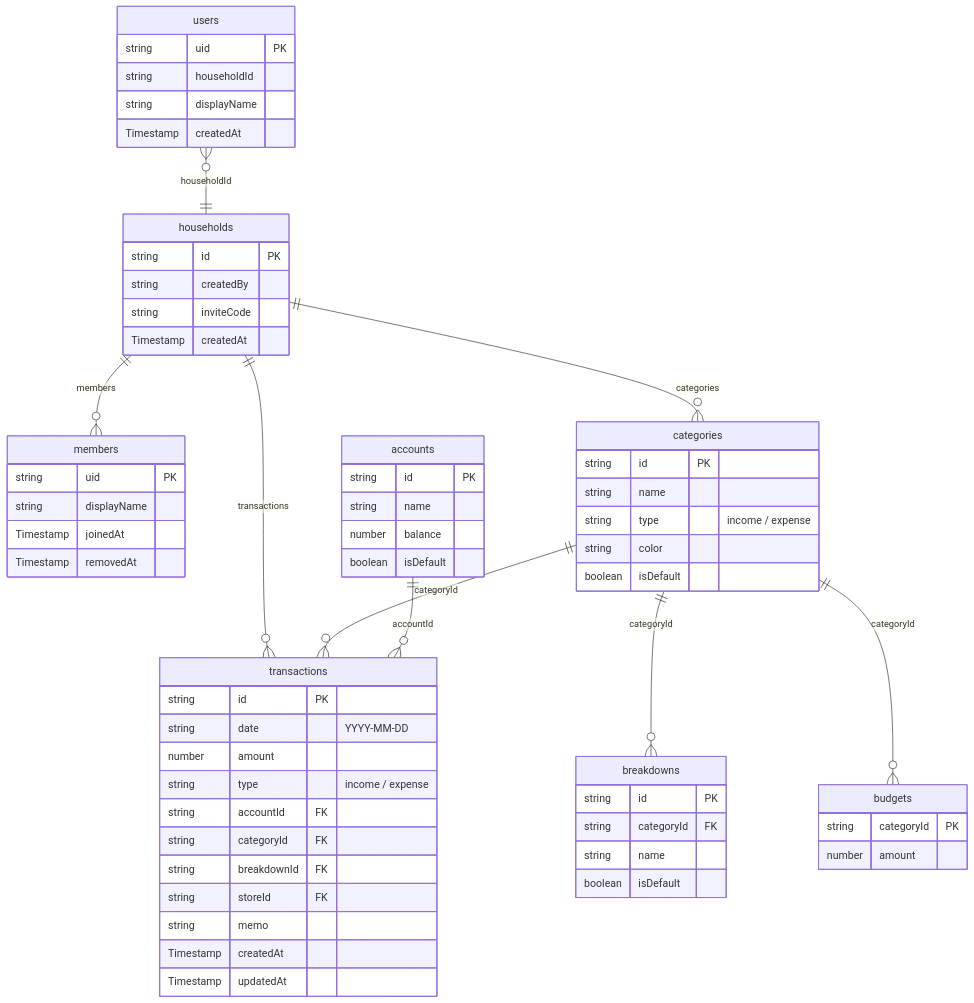
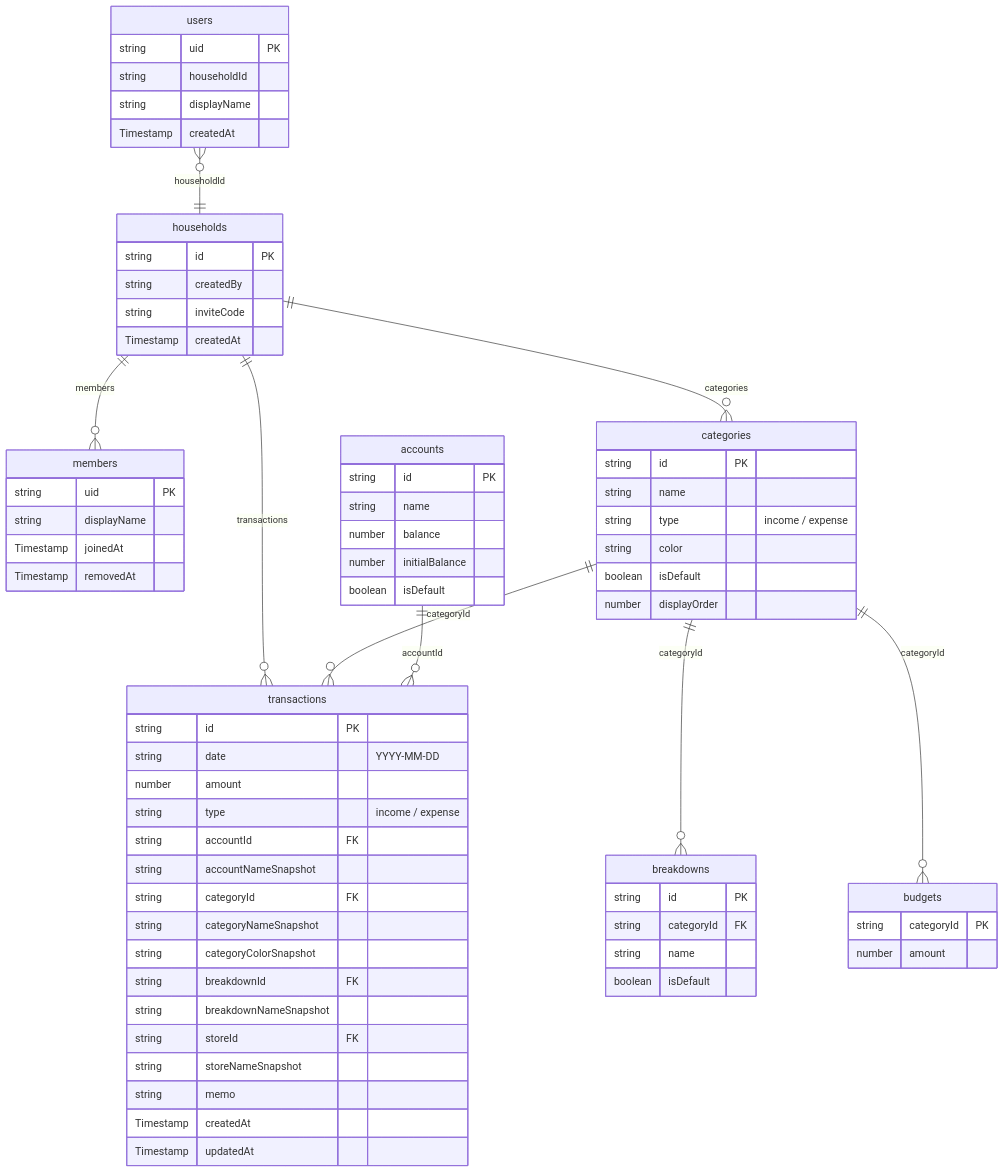
Before and after one commit to PLUG365/moneyplanner: the third of 6 diagrams in ARCHITECTURE.md, drawn with Mermaid. The commit also changed other lines of this file and 65 other files, not shown here.

````diff
--- a/ARCHITECTURE.md
+++ b/ARCHITECTURE.md
@@ -88,73 +88,80 @@
 ```mermaid
 erDiagram
     users {
         string uid PK
         string householdId
         string displayName
         Timestamp createdAt
     }
 
     households {
         string id PK
         string createdBy
         string inviteCode
         Timestamp createdAt
     }
 
     members {
         string uid PK
         string displayName
         Timestamp joinedAt
         Timestamp removedAt
     }
 
     transactions {
         string id PK
         string date "YYYY-MM-DD"
         number amount
         string type "income / expense"
         string accountId FK
+        string accountNameSnapshot
         string categoryId FK
+        string categoryNameSnapshot
+        string categoryColorSnapshot
         string breakdownId FK
+        string breakdownNameSnapshot
         string storeId FK
+        string storeNameSnapshot
         string memo
         Timestamp createdAt
         Timestamp updatedAt
     }
 
     categories {
         string id PK
         string name
         string type "income / expense"
         string color
         boolean isDefault
+        number displayOrder
     }
 
     breakdowns {
         string id PK
         string categoryId FK
         string name
         boolean isDefault
     }
 
     accounts {
         string id PK
         string name
         number balance
+        number initialBalance
         boolean isDefault
     }
 
     budgets {
         string categoryId PK
         number amount
     }
 
     users }o--|| households : "householdId"
     households ||--o{ members : "members"
     households ||--o{ transactions : "transactions"
     households ||--o{ categories : "categories"
     categories ||--o{ breakdowns : "categoryId"
     categories ||--o{ budgets : "categoryId"
     categories ||--o{ transactions : "categoryId"
     accounts ||--o{ transactions : "accountId"
 ```
````
